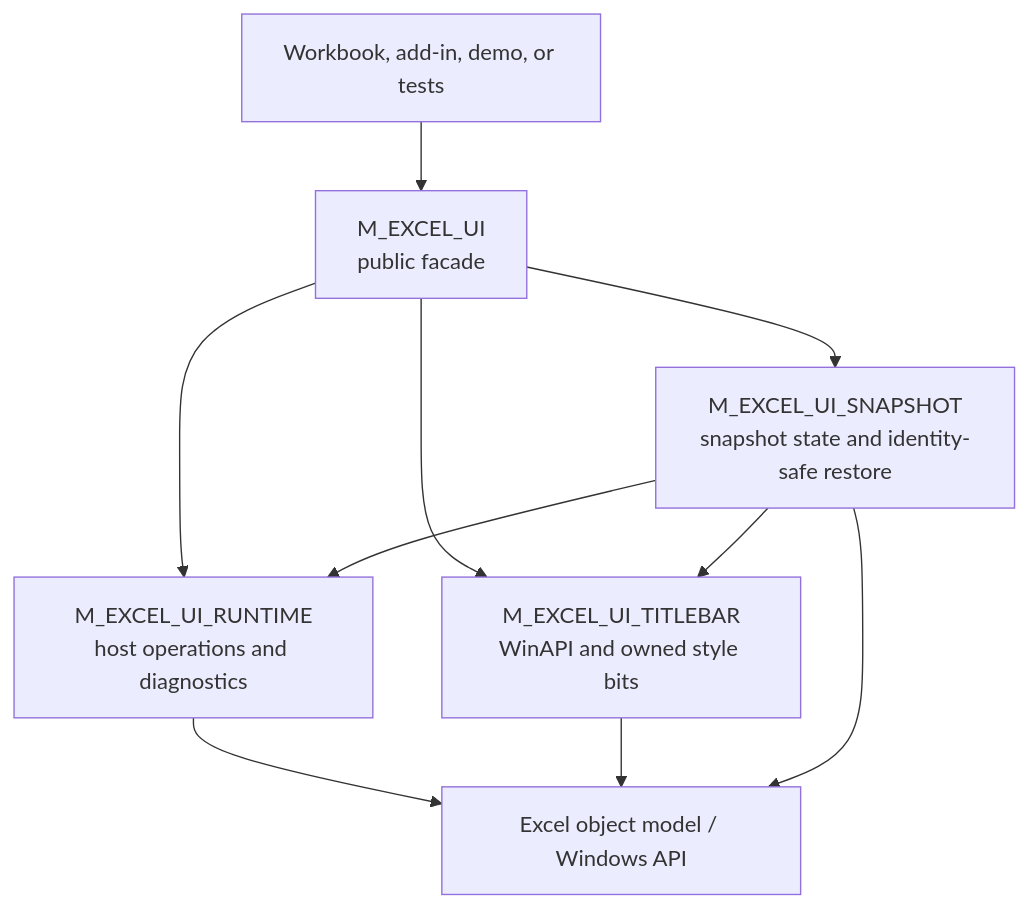
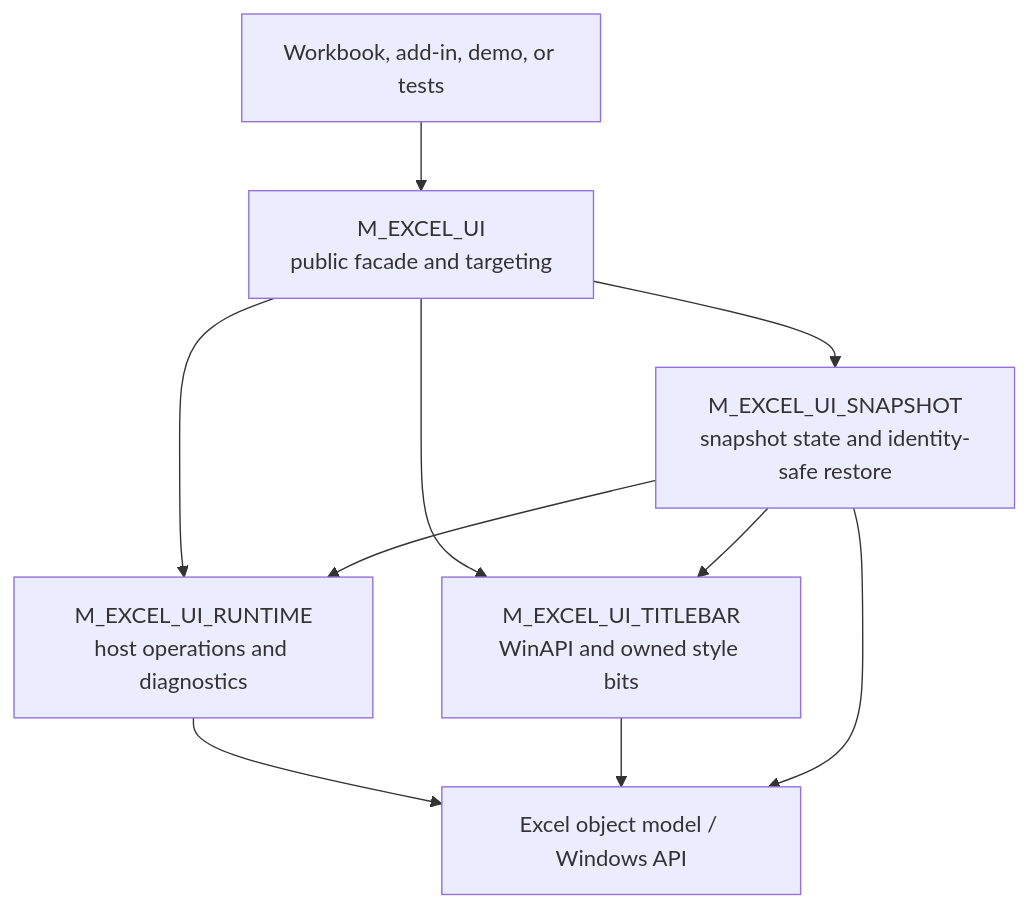
The diagram in README.md (danielep71/VBA-EXCEL_UI), drawn with Mermaid before and after one commit. The commit also changed other lines of this file and 2 other files, not shown here.

Commit message:
docs(release): document targeting and demo asset policy

````diff
--- a/README.md
+++ b/README.md
@@ -242,19 +317,19 @@
 ```mermaid
 flowchart TD
     CALLER[Workbook, add-in, demo, or tests]
-    FACADE[M_EXCEL_UI<br/>public facade]
+    FACADE[M_EXCEL_UI<br/>public facade and targeting]
     RUNTIME[M_EXCEL_UI_RUNTIME<br/>host operations and diagnostics]
     SNAPSHOT[M_EXCEL_UI_SNAPSHOT<br/>snapshot state and identity-safe restore]
     TITLEBAR[M_EXCEL_UI_TITLEBAR<br/>WinAPI and owned style bits]
     EXCEL[Excel object model / Windows API]
 
     CALLER --> FACADE
     FACADE --> RUNTIME
     FACADE --> SNAPSHOT
     FACADE --> TITLEBAR
     SNAPSHOT --> RUNTIME
     SNAPSHOT --> TITLEBAR
     RUNTIME --> EXCEL
     TITLEBAR --> EXCEL
     SNAPSHOT --> EXCEL
 ```
````
